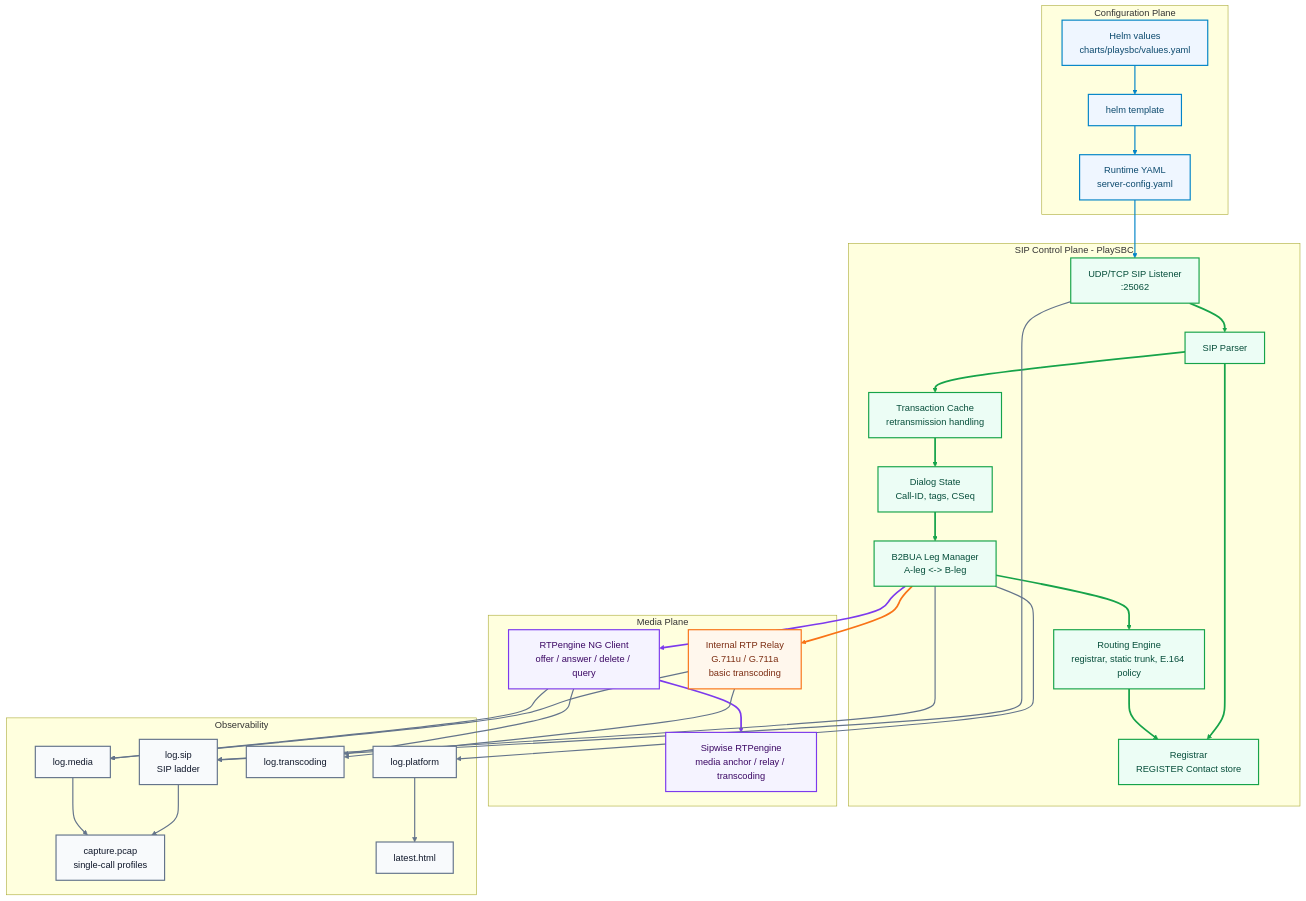
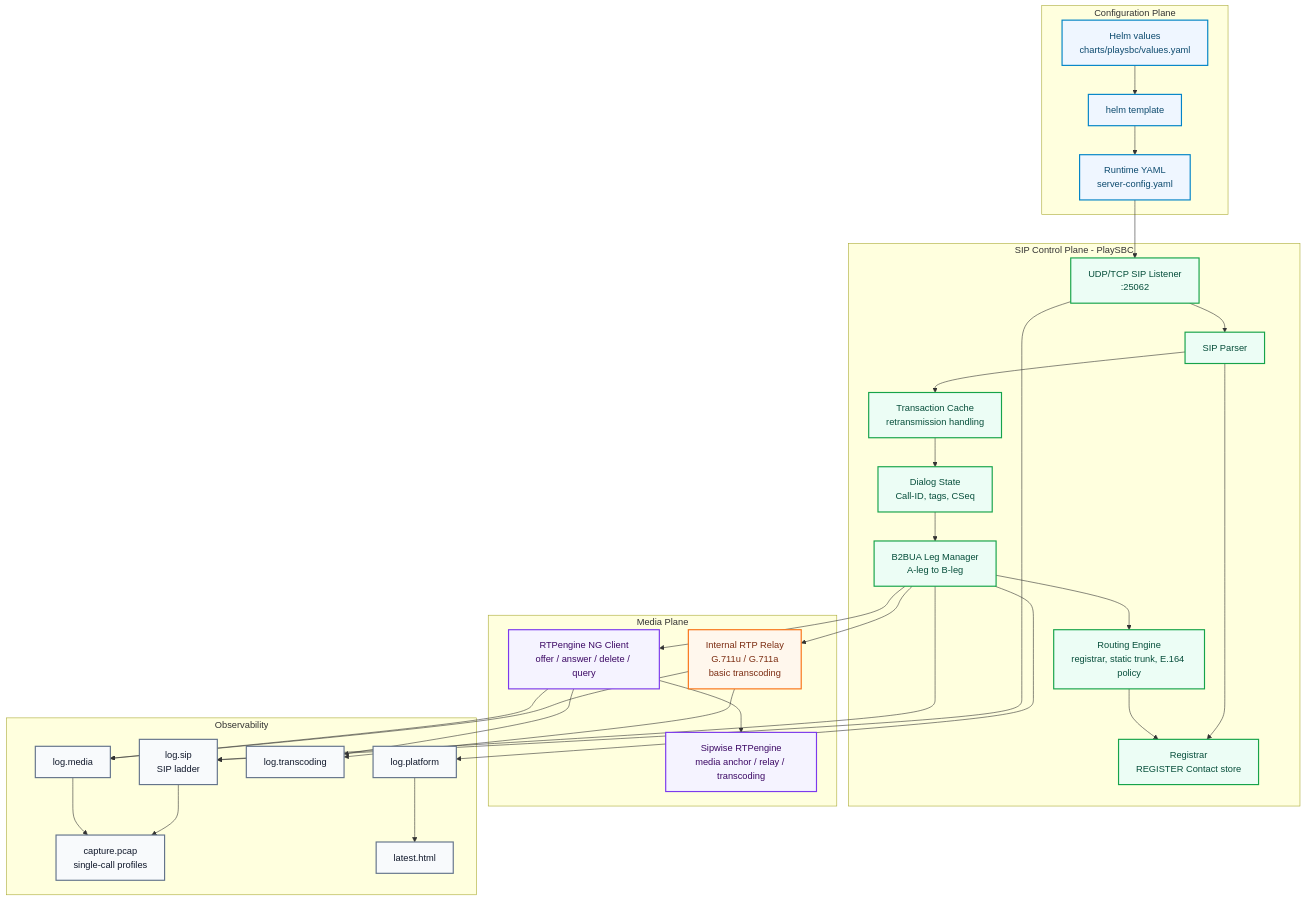
The third of 6 diagrams in docs/ARCHITECTURE_NETWORK.md (sudheerkumarvatrapu/PlaySBC), drawn with Mermaid before and after one commit. The commit also changed other lines of this file, not shown here.

Commit message:
Make architecture Mermaid render safely

````diff
--- a/docs/ARCHITECTURE_NETWORK.md
+++ b/docs/ARCHITECTURE_NETWORK.md
@@ -163,72 +160,67 @@
 ```mermaid
 flowchart TB
     subgraph ConfigPlane["Configuration Plane"]
         Values["Helm values<br/>charts/playsbc/values.yaml"]
         Template["helm template"]
         RuntimeConfig["Runtime YAML<br/>server-config.yaml"]
     end
 
     subgraph SipPlane["SIP Control Plane - PlaySBC"]
         Listener["UDP/TCP SIP Listener<br/>:25062"]
         Parser["SIP Parser"]
         Txn["Transaction Cache<br/>retransmission handling"]
         Dialog["Dialog State<br/>Call-ID, tags, CSeq"]
         Registrar["Registrar<br/>REGISTER Contact store"]
         Router["Routing Engine<br/>registrar, static trunk, E.164 policy"]
-        B2BUA["B2BUA Leg Manager<br/>A-leg <-> B-leg"]
+        B2BUA["B2BUA Leg Manager<br/>A-leg to B-leg"]
     end
 
     subgraph MediaPlane["Media Plane"]
         InternalMedia["Internal RTP Relay<br/>G.711u / G.711a<br/>basic transcoding"]
         RtpengineClient["RTPengine NG Client<br/>offer / answer / delete / query"]
         Rtpengine["Sipwise RTPengine<br/>media anchor / relay / transcoding"]
     end
 
     subgraph Observability["Observability"]
         SipLog["log.sip<br/>SIP ladder"]
         MediaLog["log.media"]
         TransLog["log.transcoding"]
         PlatformLog["log.platform"]
         Pcap["capture.pcap<br/>single-call profiles"]
         Html["latest.html"]
     end
 
     Values --> Template --> RuntimeConfig --> Listener
 
     Listener --> Parser --> Txn --> Dialog --> B2BUA
     Parser --> Registrar
     B2BUA --> Router
     Router --> Registrar
 
     B2BUA --> InternalMedia
     B2BUA --> RtpengineClient --> Rtpengine
 
     Listener --> SipLog
     B2BUA --> SipLog
     InternalMedia --> MediaLog
     RtpengineClient --> MediaLog
     InternalMedia --> TransLog
     RtpengineClient --> TransLog
     B2BUA --> PlatformLog
     SipLog --> Pcap
     MediaLog --> Pcap
     PlatformLog --> Html
 
     classDef config fill:#eff6ff,stroke:#0284c7,color:#0c4a6e,stroke-width:2px
     classDef sip fill:#ecfdf5,stroke:#16a34a,color:#064e3b,stroke-width:2px
     classDef media fill:#fff7ed,stroke:#f97316,color:#7c2d12,stroke-width:2px
     classDef rtpengine fill:#f5f3ff,stroke:#7c3aed,color:#3b0764,stroke-width:2px
     classDef obs fill:#f8fafc,stroke:#64748b,color:#0f172a,stroke-width:2px
 
     class Values,Template,RuntimeConfig config
     class Listener,Parser,Txn,Dialog,Registrar,Router,B2BUA sip
     class InternalMedia media
     class RtpengineClient,Rtpengine rtpengine
     class SipLog,MediaLog,TransLog,PlatformLog,Pcap,Html obs
 
-    linkStyle 0,1,2 stroke:#0284c7,stroke-width:2px
-    linkStyle 3,4,5,6,7,8,9 stroke:#16a34a,stroke-width:3px
-    linkStyle 10 stroke:#f97316,stroke-width:3px
-    linkStyle 11,12 stroke:#7c3aed,stroke-width:3px
-    linkStyle 13,14,15,16,17,18,19,20,21,22 stroke:#64748b,stroke-width:2px
 ```
````
